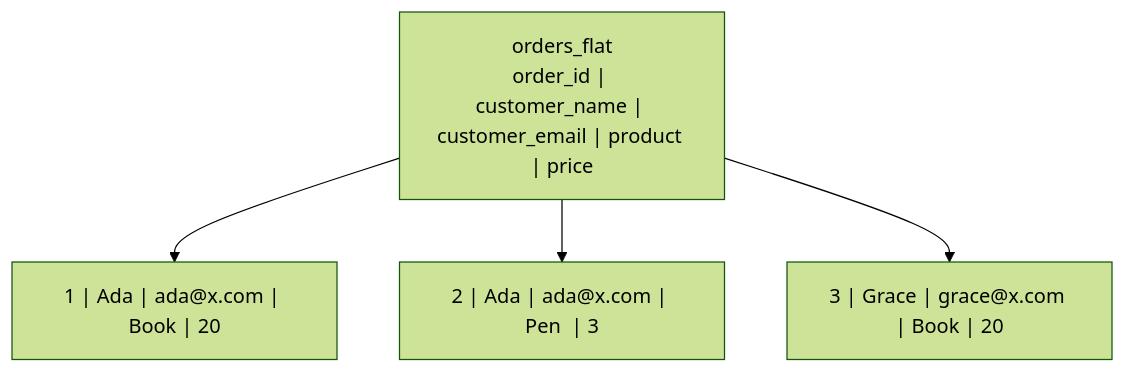
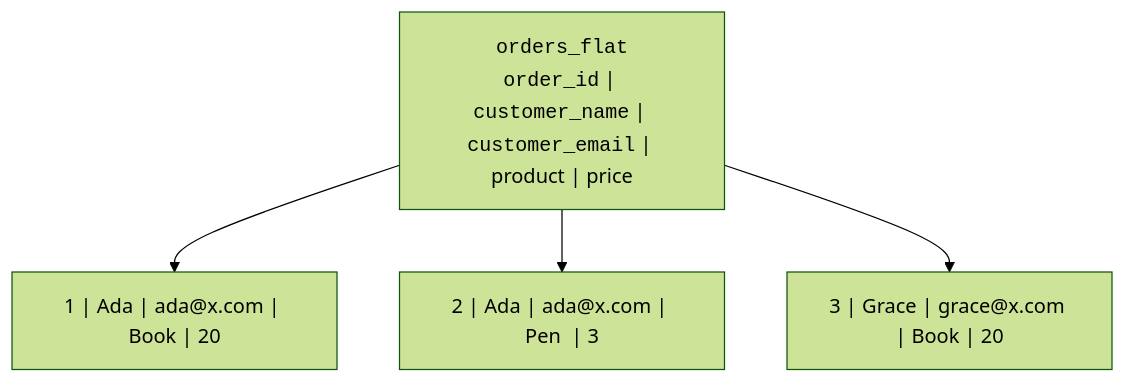
One commit to dataslope/dataslope changed the first of 4 diagrams in content/learn/intro-sql-postgres/normalization.mdx. Above: the diagram before and after it, drawn with Mermaid (forest theme). The commit also changed 153 other files, not shown here.

First line of the commit message:
Render code-only mermaid shapes in monospace; convert step sequences to Steps

````diff
--- a/content/learn/intro-sql-postgres/normalization.mdx
+++ b/content/learn/intro-sql-postgres/normalization.mdx
@@ -17,7 +17,7 @@
 ```mermaid
 flowchart TB
-    T["orders_flat<br/>order_id | customer_name | customer_email | product | price"]
+    T["<code>orders_flat</code><br/><code>order_id</code> | <code>customer_name</code> | <code>customer_email</code> | product | price"]
     T --> R1["1 | Ada | ada@x.com | Book | 20"]
     T --> R2["2 | Ada | ada@x.com | Pen  | 3"]
     T --> R3["3 | Grace | grace@x.com | Book | 20"]
 ```
````
